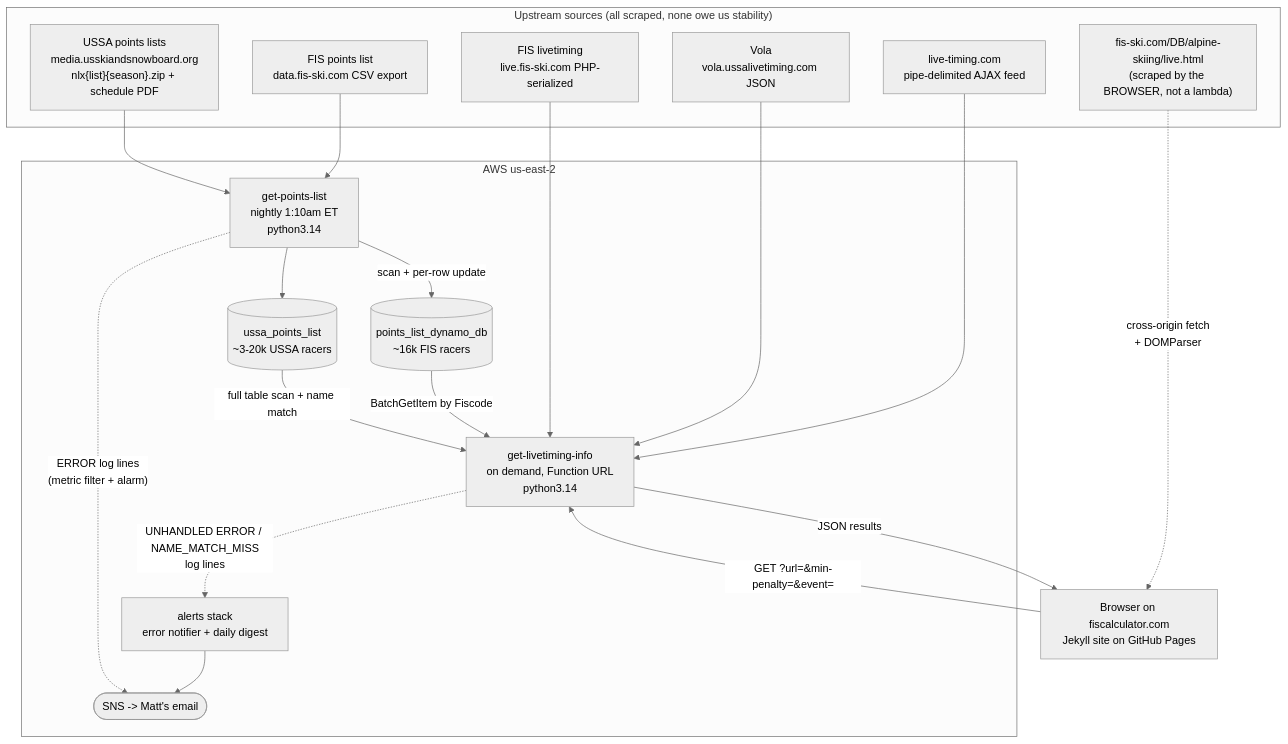
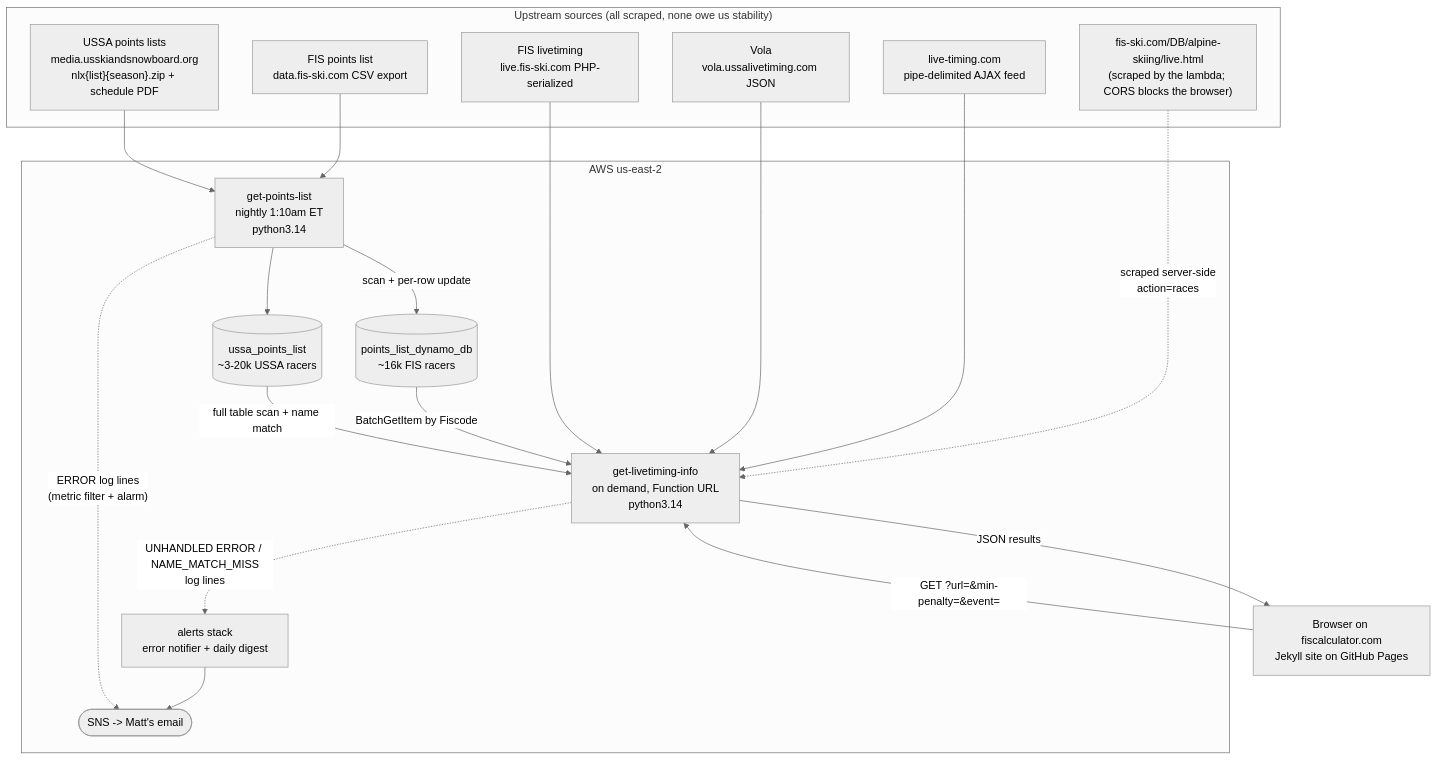
Before and after one commit to MSmallhouse/fis-calculator: the diagram in docs/architecture.md, drawn with Mermaid (neutral theme). The commit also changed other lines of this file and 5 other files, not shown here.

````diff
--- a/docs/architecture.md
+++ b/docs/architecture.md
@@ -37,42 +37,42 @@
 ```mermaid
 flowchart TB
     subgraph upstream["Upstream sources (all scraped, none owe us stability)"]
         FISLIST["FIS points list<br/>data.fis-ski.com CSV export"]
         USSALIST["USSA points lists<br/>media.usskiandsnowboard.org<br/>nlx{list}{season}.zip + schedule PDF"]
         LT["live-timing.com<br/>pipe-delimited AJAX feed"]
         VOLA["Vola<br/>vola.ussalivetiming.com JSON"]
         FISLIVE["FIS livetiming<br/>live.fis-ski.com PHP-serialized"]
-        FISAPP["fis-ski.com/DB/alpine-skiing/live.html<br/>(scraped by the BROWSER, not a lambda)"]
+        FISAPP["fis-ski.com/DB/alpine-skiing/live.html<br/>(scraped by the lambda; CORS blocks the browser)"]
     end
 
     subgraph aws["AWS us-east-2"]
         GPL["get-points-list<br/>nightly 1:10am ET<br/>python3.14"]
         GLI["get-livetiming-info<br/>on demand, Function URL<br/>python3.14"]
         T1[("points_list_dynamo_db<br/>~16k FIS racers")]
         T2[("ussa_points_list<br/>~3-20k USSA racers")]
         ALERTS["alerts stack<br/>error notifier + daily digest"]
         SNS(["SNS -> Matt's email"])
     end
 
     BROWSER["Browser on fiscalculator.com<br/>Jekyll site on GitHub Pages"]
 
     FISLIST --> GPL
     USSALIST --> GPL
     GPL -->|"scan + per-row update"| T1
     GPL --> T2
 
     BROWSER -->|"GET ?url=&min-penalty=&event="| GLI
-    FISAPP -.->|"cross-origin fetch<br/>+ DOMParser"| BROWSER
+    FISAPP -.->|"scraped server-side<br/>action=races"| GLI
 
     LT --> GLI
     VOLA --> GLI
     FISLIVE --> GLI
 
     T1 -->|"BatchGetItem by Fiscode"| GLI
     T2 -->|"full table scan + name match"| GLI
     GLI -->|"JSON results"| BROWSER
 
     GLI -.->|"UNHANDLED ERROR / NAME_MATCH_MISS<br/>log lines"| ALERTS
     ALERTS --> SNS
     GPL -.->|"ERROR log lines<br/>(metric filter + alarm)"| SNS
 ```
````
